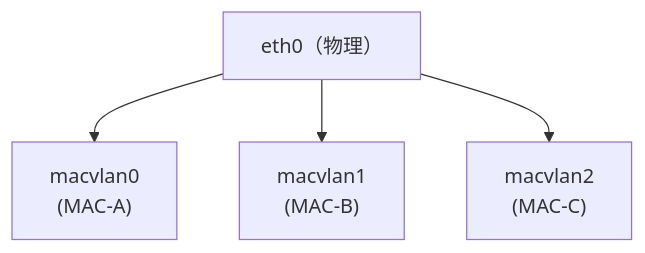
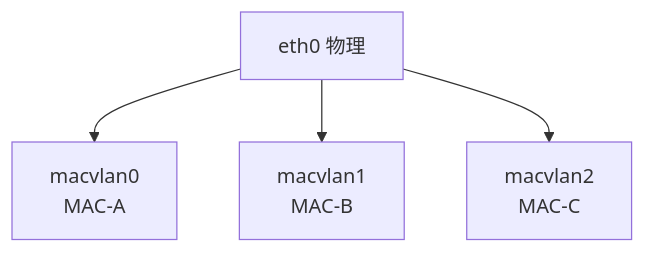
One commit to jpixy/jpixy.github.io changed the second of 4 diagrams in content/articles/networking/net-12-网络虚拟化技术.md. Above: the diagram before and after it, drawn with Mermaid. The commit also changed other lines of this file and 66 other files, not shown here.

Commit message:
fix: resolve Mermaid syntax errors by removing parentheses in node labels

````diff
--- a/content/articles/networking/net-12-网络虚拟化技术.md
+++ b/content/articles/networking/net-12-网络虚拟化技术.md
@@ -110,6 +110,6 @@
 ```mermaid
 graph TB
-    ETH0["eth0（物理）"] --> MV0["macvlan0<br/>(MAC-A)"]
-    ETH0 --> MV1["macvlan1<br/>(MAC-B)"]
-    ETH0 --> MV2["macvlan2<br/>(MAC-C)"]
+    ETH0["eth0 物理"] --> MV0["macvlan0<br/>MAC-A"]
+    ETH0 --> MV1["macvlan1<br/>MAC-B"]
+    ETH0 --> MV2["macvlan2<br/>MAC-C"]
 ```
````
